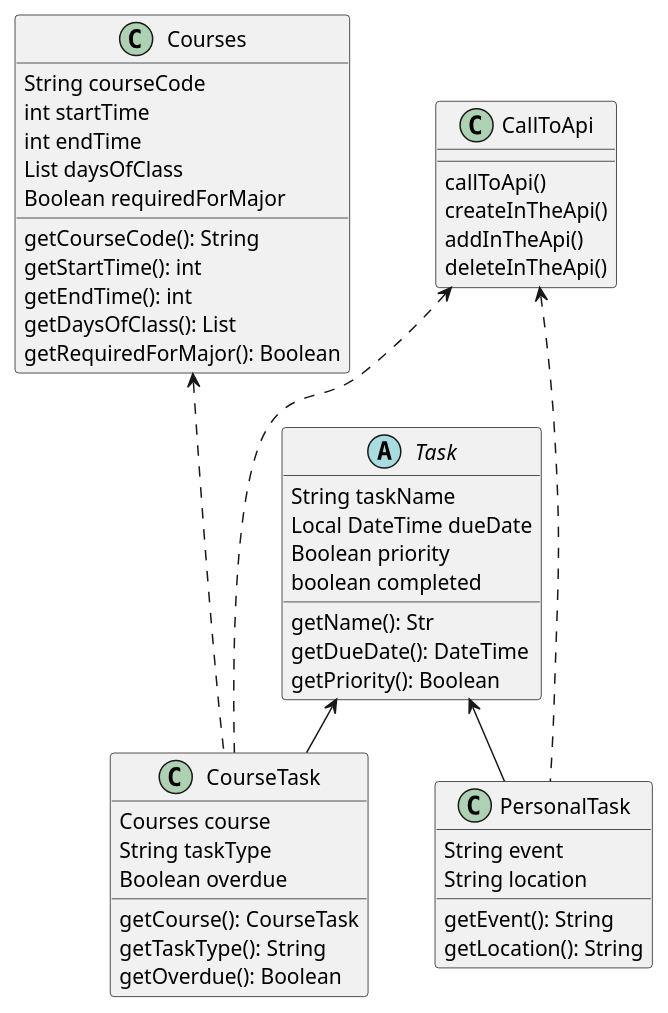
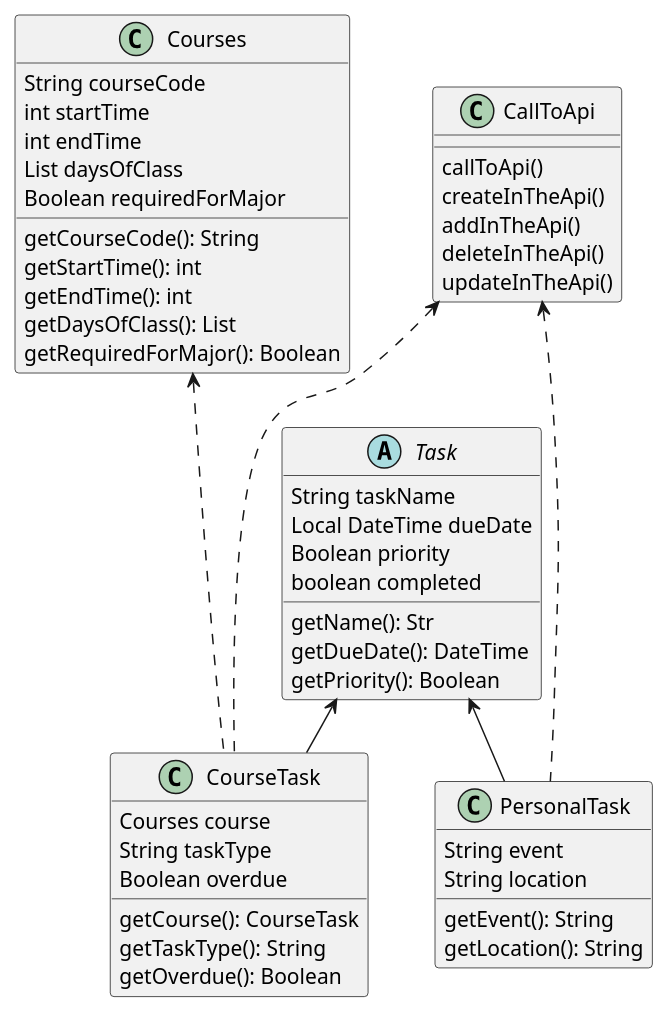
One commit to grace-shang/csc207-group-project changed the diagram in AddTask.puml. Above: the diagram before and after it, drawn with PlantUML.

Commit message:
"UML Diagram of Our Basic Use Case"

```diff
--- a/AddTask.puml
+++ b/AddTask.puml
@@ -1,63 +1,64 @@
 @startuml
 !pragma layout smetana
 'https://plantuml.com/sequence-diagram
 
 Abstract Class Task {
 String taskName
 Local DateTime dueDate
 Boolean priority
 boolean completed
 
 getName(): Str
 getDueDate(): DateTime
 getPriority(): Boolean
 }
 
 Class CourseTask{
 Courses course
 String taskType
 Boolean overdue
 
 getCourse(): CourseTask
 getTaskType(): String
 getOverdue(): Boolean
 }
 
 Class PersonalTask{
 String event
 String location
 
 getEvent(): String
 getLocation(): String
 
 }
 
 Class Courses{
 String courseCode
 int startTime
 int endTime
 List daysOfClass
 Boolean requiredForMajor
 
 getCourseCode(): String
 getStartTime(): int
 getEndTime(): int
 getDaysOfClass(): List
 getRequiredForMajor(): Boolean
 }
 
 Class CallToApi{
 callToApi()
 createInTheApi()
 addInTheApi()
 deleteInTheApi()
+updateInTheApi()
 }
 
 
 
 Task <-- CourseTask
 Task <-- PersonalTask
 Courses <-.- CourseTask
 CallToApi <-.- CourseTask
 CallToApi <-.- PersonalTask
 @enduml
```
